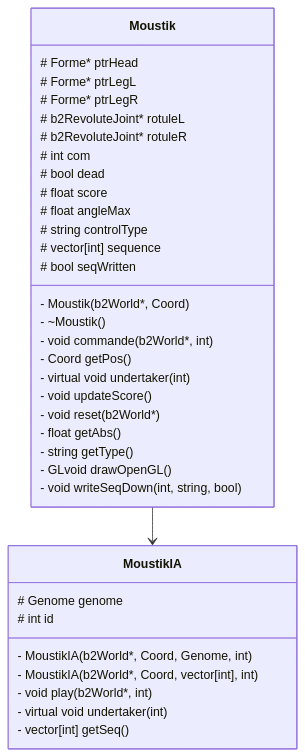
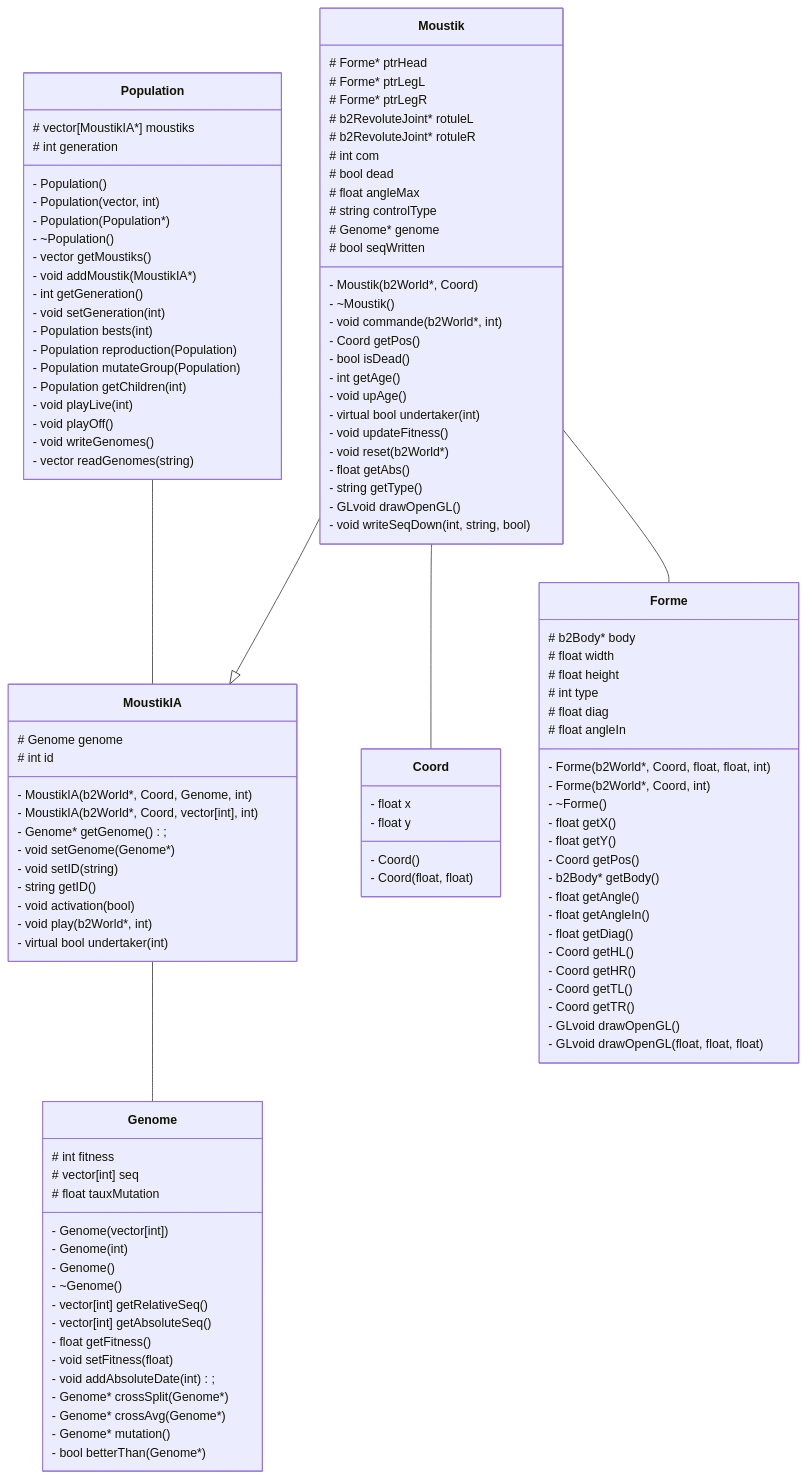
One commit to vicco-rgb/MoustikGenetik changed the diagram in compteRendu.md. Above: the diagram before and after it, drawn with Mermaid. The commit also changed 10 other files, not shown here.

````diff
--- a/compteRendu.md
+++ b/compteRendu.md
@@ -57,6 +22,43 @@
 ```mermaid
 classDiagram
-Moustik-->MoustikIA
+Population--MoustikIA
+MoustikIA--Genome
+Moustik--|>MoustikIA
+Moustik--Coord
+Moustik--Forme
+
+class Coord {
+  - float x
+  - float y
+  - Coord()
+  - Coord(float, float)
+}
+
+class Forme {
+  # b2Body* body
+  # float width
+  # float height
+  # int type
+  # float diag
+  # float angleIn
+  - Forme(b2World*, Coord, float, float, int)
+  - Forme(b2World*, Coord, int)
+  - ~Forme()
+  - float getX()
+  - float getY()
+  - Coord getPos()
+  - b2Body* getBody()
+  - float getAngle()
+  - float getAngleIn()
+  - float getDiag()
+  - Coord getHL()
+  - Coord getHR()
+  - Coord getTL()
+  - Coord getTR()
+  - GLvoid drawOpenGL()
+  - GLvoid drawOpenGL(float, float, float)
+}
+
 class Moustik {
   # Forme* ptrHead
   # Forme* ptrLegL
@@ -65,30 +67,77 @@
   # b2RevoluteJoint* rotuleR
   # int com
   # bool dead
-  # float score
   # float angleMax
   # string controlType
-  # vector[int] sequence
+  # Genome* genome
   # bool seqWritten
   - Moustik(b2World*, Coord)
   - ~Moustik()
   - void commande(b2World*, int)
   - Coord getPos()
-  - virtual void undertaker(int)
-  - void updateScore()
+  - bool isDead()
+  - int getAge()
+  - void upAge()
+  - virtual bool undertaker(int)
+  - void updateFitness()
   - void reset(b2World*)
   - float getAbs()
   - string getType()
   - GLvoid drawOpenGL()
   - void writeSeqDown(int, string, bool)
 }
+
 class MoustikIA {
   # Genome genome
   # int id
   - MoustikIA(b2World*, Coord, Genome, int)
   - MoustikIA(b2World*, Coord, vector[int], int)
+  - Genome* getGenome();
+  - void setGenome(Genome*)
+  - void setID(string)
+  - string getID()
+  - void activation(bool)
   - void play(b2World*, int)
-  - virtual void undertaker(int)
-  - vector[int] getSeq()
+  - virtual bool undertaker(int)
+}
+
+class Genome {
+  # int fitness
+  # vector[int] seq
+  # float tauxMutation
+  - Genome(vector[int])
+  - Genome(int)
+  - Genome()
+  - ~Genome()
+  - vector[int] getRelativeSeq()
+  - vector[int] getAbsoluteSeq()
+  - float getFitness()
+  - void setFitness(float)
+  - void addAbsoluteDate(int);
+  - Genome* crossSplit(Genome*)
+  - Genome* crossAvg(Genome*)
+  - Genome* mutation()
+  - bool betterThan(Genome*)
+}
+
+class Population {
+  # vector[MoustikIA*] moustiks
+  # int generation
+  - Population()
+  - Population(vector<MoustikIA*>, int)
+  - Population(Population*)
+  - ~Population()
+  - vector<MoustikIA*> getMoustiks()
+  - void addMoustik(MoustikIA*)
+  - int getGeneration()
+  - void setGeneration(int)
+  - Population bests(int)
+  - Population reproduction(Population)
+  - Population mutateGroup(Population)
+  - Population getChildren(int)
+  - void playLive(int)
+  - void playOff()
+  - void writeGenomes()
+  - vector<Genome*> readGenomes(string)
 }
 ```
````
